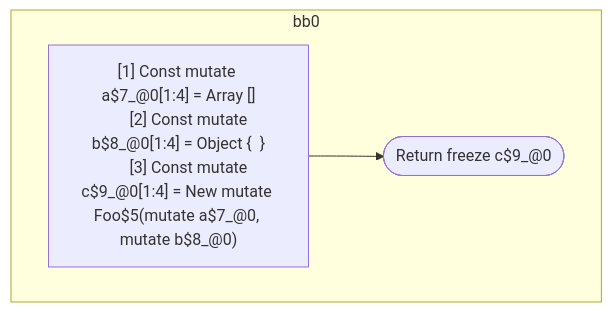
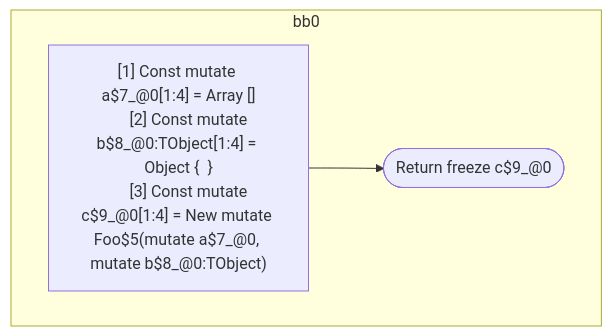
Before and after one commit to wutsmog/private: the second of 2 diagrams in compiler/forget/src/__tests__/fixtures/hir/ssa-newexpression.expect.md, drawn with Mermaid. The commit also changed other lines of this file and 112 other files, not shown here.

````diff
--- a/compiler/forget/src/__tests__/fixtures/hir/ssa-newexpression.expect.md
+++ b/compiler/forget/src/__tests__/fixtures/hir/ssa-newexpression.expect.md
@@ -82,15 +82,15 @@
 ```mermaid
 flowchart TB
   %% Basic Blocks
   subgraph bb0
     bb0_instrs["
       [1] Const mutate a$7_@0[1:4] = Array []
-      [2] Const mutate b$8_@0[1:4] = Object {  }
-      [3] Const mutate c$9_@0[1:4] = New mutate Foo$5(mutate a$7_@0, mutate b$8_@0)
+      [2] Const mutate b$8_@0:TObject[1:4] = Object {  }
+      [3] Const mutate c$9_@0[1:4] = New mutate Foo$5(mutate a$7_@0, mutate b$8_@0:TObject)
     "]
     bb0_instrs --> bb0_terminal(["Return freeze c$9_@0"])
   end
 
   %% Jumps
   %% empty
 ```
````
